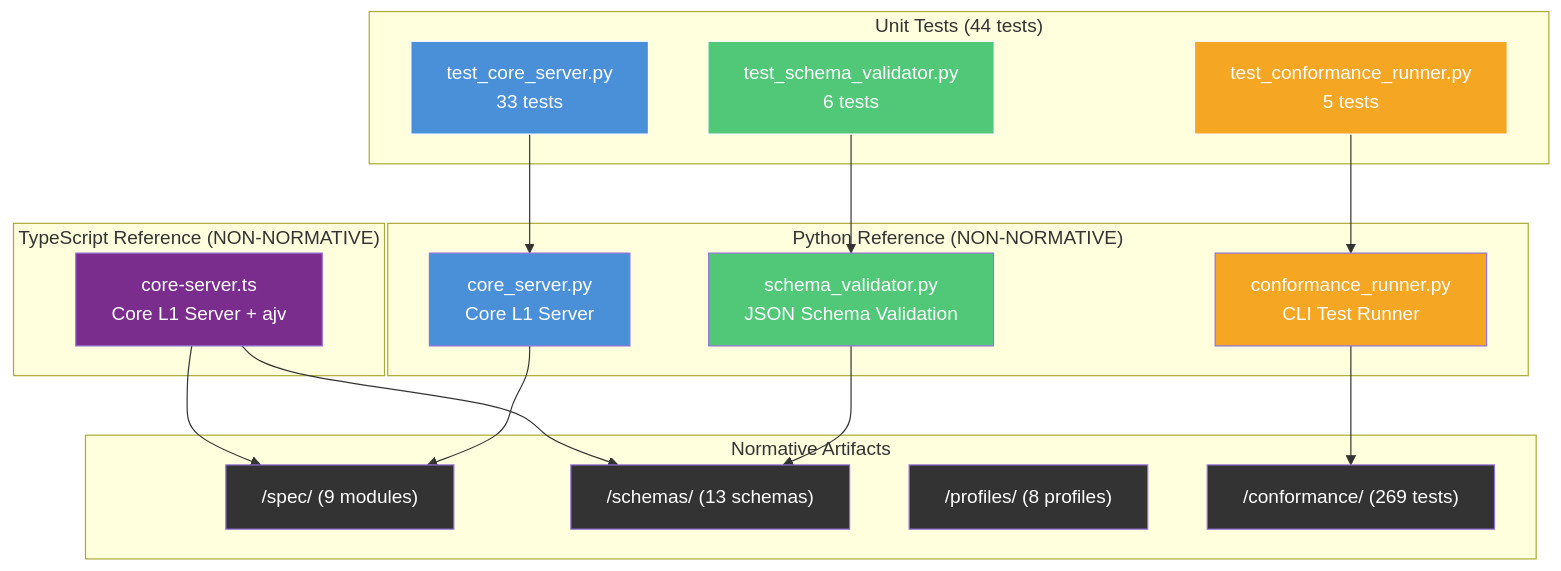
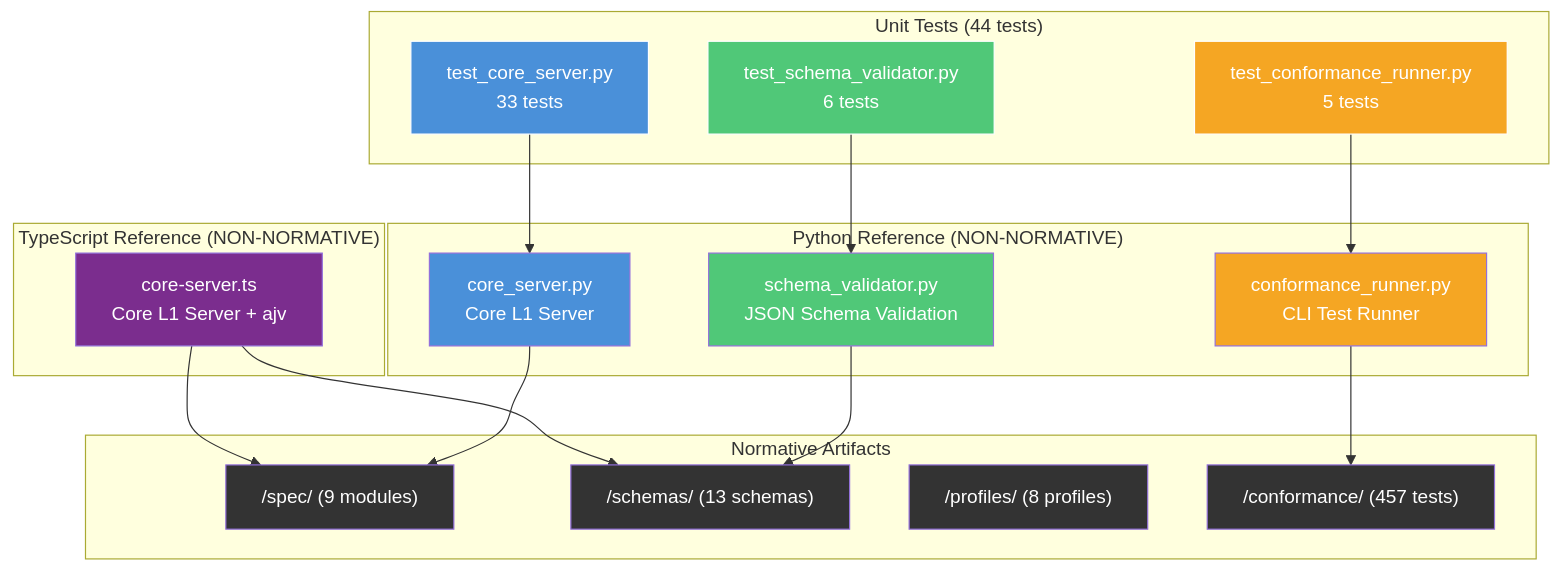
The second of 11 diagrams in README.md (kevinkawchak/national-mcp-pai-oncology-trials), drawn with Mermaid before and after one commit. The commit also changed other lines of this file and 67 other files, not shown here.

````diff
--- a/README.md
+++ b/README.md
@@ -315,46 +320,46 @@
 ```mermaid
 graph TB
   subgraph "Python Reference (NON-NORMATIVE)"
     PCS[core_server.py<br/>Core L1 Server]
     PSV[schema_validator.py<br/>JSON Schema Validation]
     PCR[conformance_runner.py<br/>CLI Test Runner]
   end
 
   subgraph "TypeScript Reference (NON-NORMATIVE)"
     TCS[core-server.ts<br/>Core L1 Server + ajv]
   end
 
   subgraph "Unit Tests (44 tests)"
     TCS_T[test_core_server.py<br/>33 tests]
     TSV_T[test_schema_validator.py<br/>6 tests]
     TCR_T[test_conformance_runner.py<br/>5 tests]
   end
 
   subgraph "Normative Artifacts"
     SPEC["/spec/ (9 modules)"]
     SCH["/schemas/ (13 schemas)"]
     PRO["/profiles/ (8 profiles)"]
-    CON["/conformance/ (269 tests)"]
+    CON["/conformance/ (457 tests)"]
   end
 
   PCS --> SPEC
   PSV --> SCH
   PCR --> CON
   TCS --> SCH
   TCS --> SPEC
   TCS_T --> PCS
   TSV_T --> PSV
   TCR_T --> PCR
 
   style PCS fill:#4A90D9,color:#fff
   style PSV fill:#50C878,color:#fff
   style PCR fill:#F5A623,color:#fff
   style TCS fill:#7B2D8E,color:#fff
   style TCS_T fill:#4A90D9,color:#fff,stroke:#fff
   style TSV_T fill:#50C878,color:#fff,stroke:#fff
   style TCR_T fill:#F5A623,color:#fff,stroke:#fff
   style SPEC fill:#333,color:#fff
   style SCH fill:#333,color:#fff
   style PRO fill:#333,color:#fff
   style CON fill:#333,color:#fff
 ```
````
